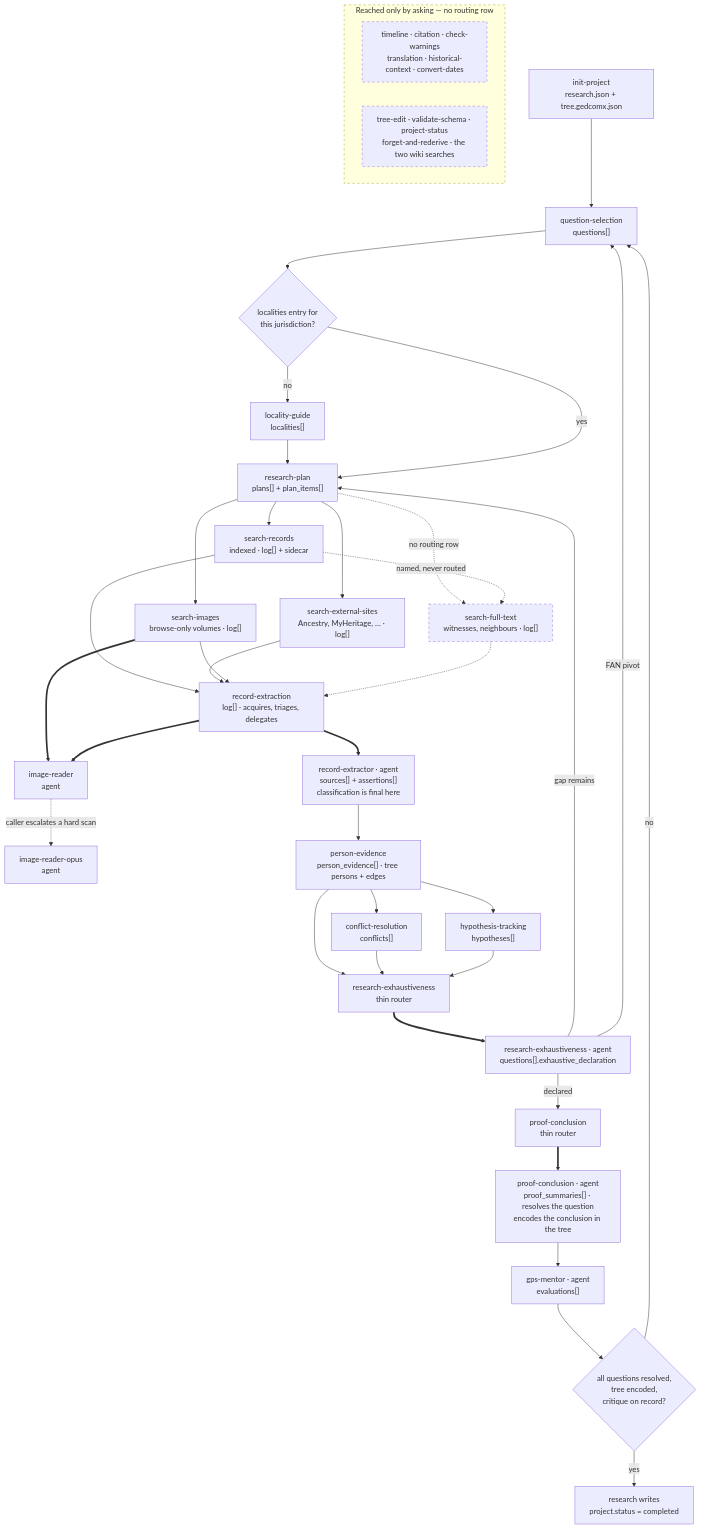
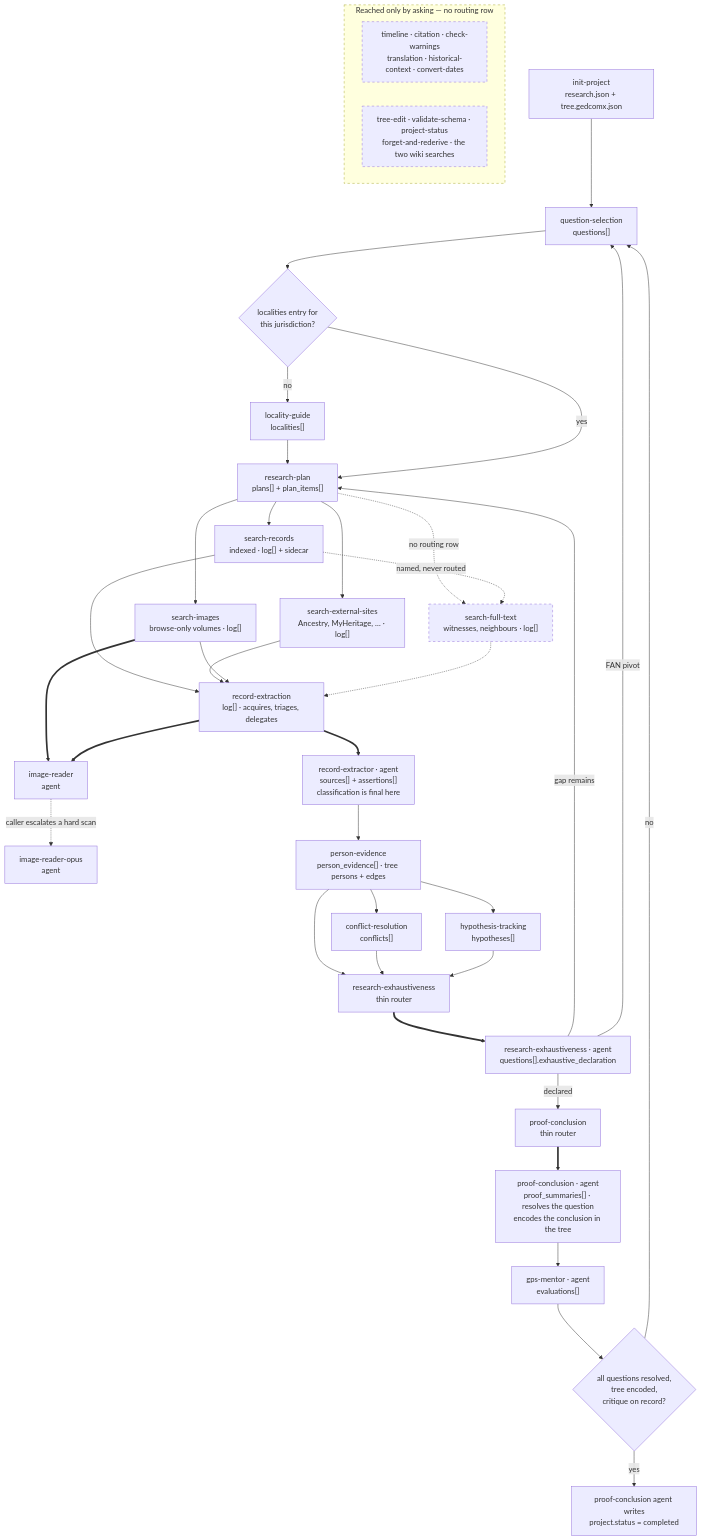
One commit to PioneerAIAcademy/cowork-genealogy changed the diagram in docs/skill-dataflow.md. Above: the diagram before and after it, drawn with Mermaid. The commit also changed other lines of this file and 1 other file, not shown here.

First line of the commit message:
dataflow: record who closes a project, and the gap the ruling leaves

````diff
--- a/docs/skill-dataflow.md
+++ b/docs/skill-dataflow.md
@@ -40,54 +40,54 @@
 ```mermaid
 flowchart TD
     IP["init-project<br/>research.json + tree.gedcomx.json"] --> QS
     QS["question-selection<br/>questions[]"] --> LOCGATE
     LOCGATE{"localities entry for<br/>this jurisdiction?"}
     LOCGATE -- no --> LG["locality-guide<br/>localities[]"] --> RP
     LOCGATE -- yes --> RP["research-plan<br/>plans[] + plan_items[]"]
 
     RP --> SR["search-records<br/>indexed · log[] + sidecar"]
     RP --> SE["search-external-sites<br/>Ancestry, MyHeritage, … · log[]"]
     RP --> SI["search-images<br/>browse-only volumes · log[]"]
     RP -.->|"no routing row"| SF["search-full-text<br/>witnesses, neighbours · log[]"]
     SR -.->|"named, never routed"| SF
 
     SI ==> IR["image-reader<br/>agent"]
     RE ==> IR
     IR -.->|"caller escalates a hard scan"| IRO["image-reader-opus<br/>agent"]
 
     SR --> RE
     SE --> RE
     SI --> RE
     SF -.-> RE
     RE["record-extraction<br/>log[] · acquires, triages, delegates"]
     RE ==> RX["record-extractor · agent<br/>sources[] + assertions[]<br/>classification is final here"]
 
     RX --> PE["person-evidence<br/>person_evidence[] · tree persons + edges"]
     PE --> CR["conflict-resolution<br/>conflicts[]"]
     PE --> HT["hypothesis-tracking<br/>hypotheses[]"]
     PE --> EX
     CR --> EX
     HT --> EX
 
     EX["research-exhaustiveness<br/>thin router"]
     EX ==> EXA["research-exhaustiveness · agent<br/>questions[].exhaustive_declaration"]
     EXA -- "gap remains" --> RP
     EXA -- "FAN pivot" --> QS
     EXA -- "declared" --> PC
 
     PC["proof-conclusion<br/>thin router"]
     PC ==> PCA["proof-conclusion · agent<br/>proof_summaries[] · resolves the question<br/>encodes the conclusion in the tree"]
     PCA --> GM["gps-mentor · agent<br/>evaluations[]"]
     GM --> GATE{"all questions resolved,<br/>tree encoded,<br/>critique on record?"}
     GATE -- no --> QS
-    GATE -- yes --> DONE["research writes<br/>project.status = completed"]
+    GATE -- yes --> DONE["proof-conclusion agent writes<br/>project.status = completed"]
 
     subgraph ASK ["Reached only by asking — no routing row"]
         direction LR
         U1["timeline · citation · check-warnings<br/>translation · historical-context · convert-dates"]
         U2["tree-edit · validate-schema · project-status<br/>forget-and-rederive · the two wiki searches"]
     end
 
     classDef unrouted stroke-dasharray: 5 5
     class SF,ASK,U1,U2 unrouted
 ```
````
